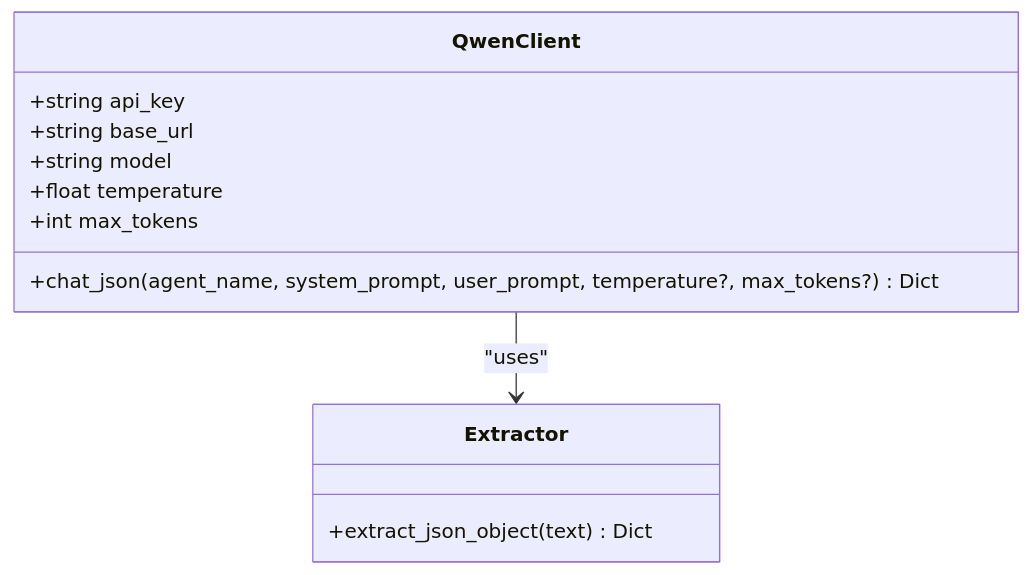
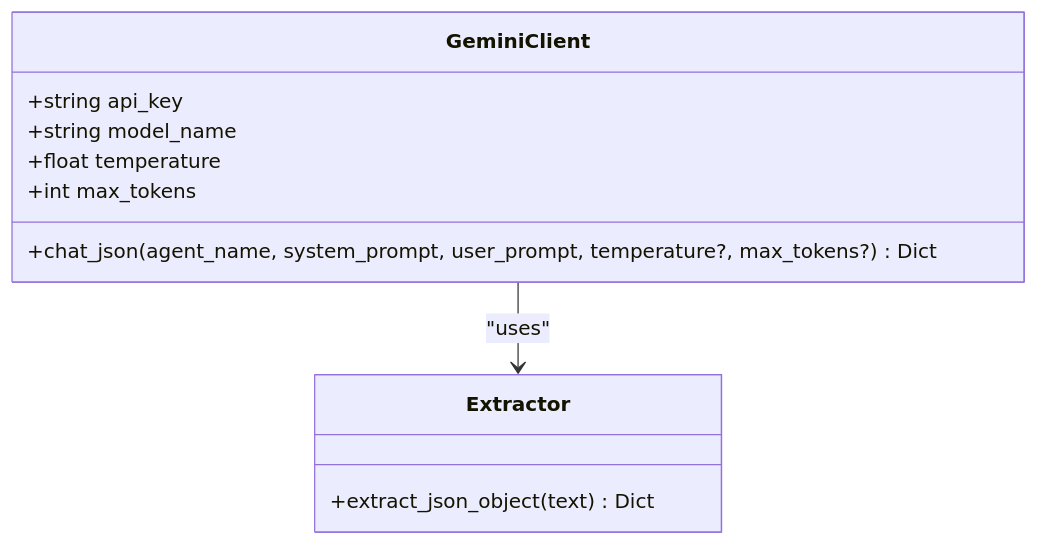
One commit to waqarimran342/CareerOS-AI changed the third of 7 diagrams in .qoder/repowiki/en/content/External Integrations/Qwen LLM Integration.md. Above: the diagram before and after it, drawn with Mermaid. The commit also changed other lines of this file and 32 other files, not shown here.

````diff
--- a/.qoder/repowiki/en/content/External Integrations/Qwen LLM Integration.md
+++ b/.qoder/repowiki/en/content/External Integrations/Qwen LLM Integration.md
@@ -135,15 +142,14 @@
 ```mermaid
 classDiagram
-class QwenClient {
+class GeminiClient {
 +string api_key
-+string base_url
-+string model
++string model_name
 +float temperature
 +int max_tokens
 +chat_json(agent_name, system_prompt, user_prompt, temperature?, max_tokens?) Dict
 }
 class Extractor {
 +extract_json_object(text) Dict
 }
-QwenClient --> Extractor : "uses"
+GeminiClient --> Extractor : "uses"
 ```
````
